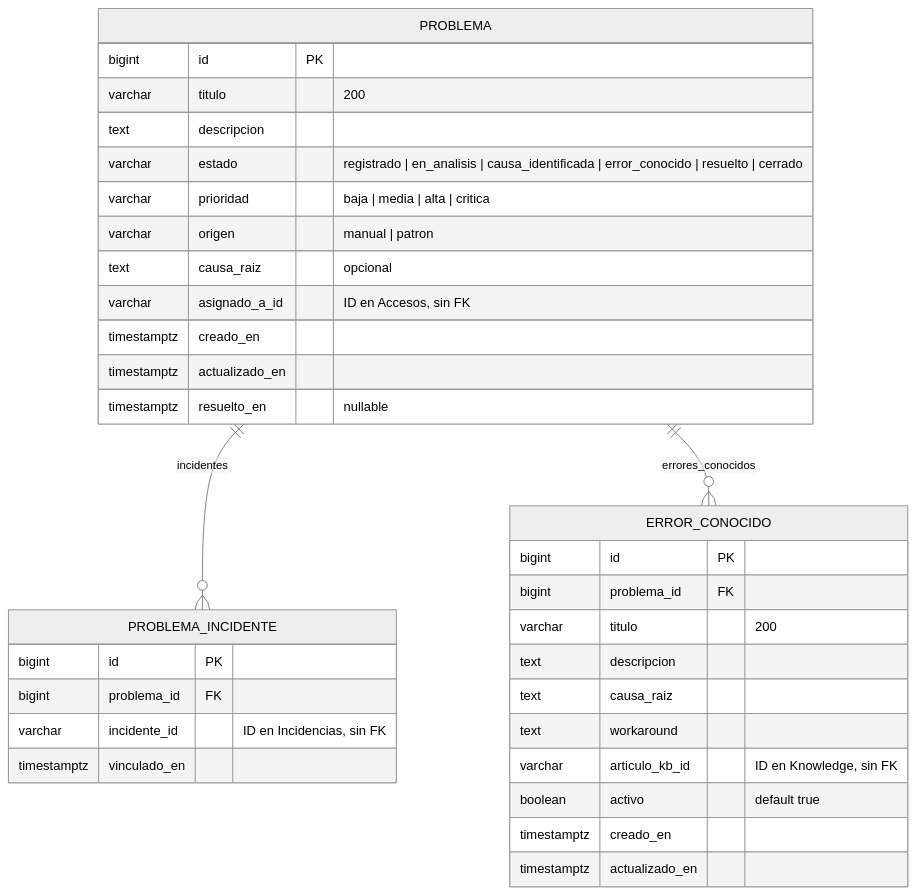
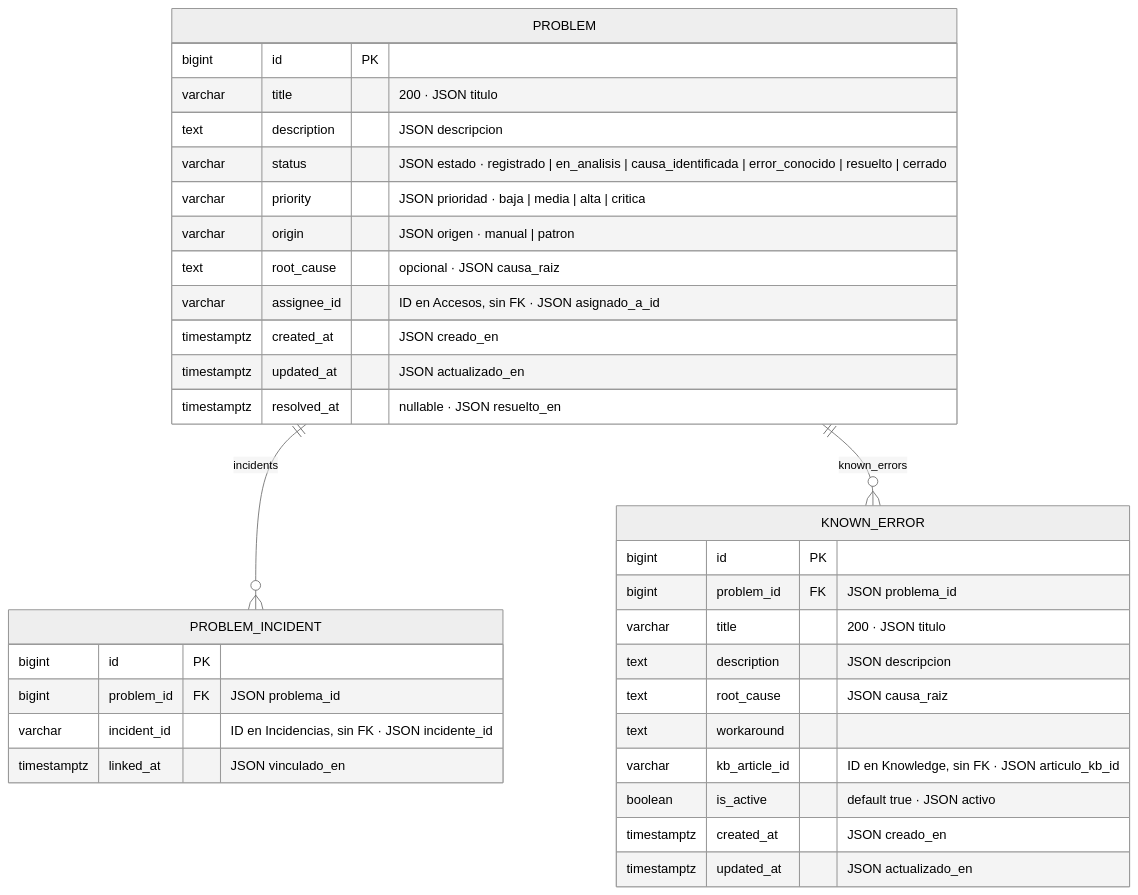
One commit to help-chair/help-chair changed the diagram in services/problems/README.md. Above: the diagram before and after it, drawn with Mermaid (neutral theme). The commit also changed other lines of this file and 17 other files, not shown here.

````diff
--- a/services/problems/README.md
+++ b/services/problems/README.md
@@ -22,39 +30,39 @@
 ```mermaid
 erDiagram
-    PROBLEMA ||--o{ PROBLEMA_INCIDENTE : "incidentes"
-    PROBLEMA ||--o{ ERROR_CONOCIDO : "errores_conocidos"
+    PROBLEM ||--o{ PROBLEM_INCIDENT : "incidents"
+    PROBLEM ||--o{ KNOWN_ERROR : "known_errors"
 
-    PROBLEMA {
+    PROBLEM {
         bigint id PK
-        varchar titulo "200"
-        text descripcion
-        varchar estado "registrado | en_analisis | causa_identificada | error_conocido | resuelto | cerrado"
-        varchar prioridad "baja | media | alta | critica"
-        varchar origen "manual | patron"
-        text causa_raiz "opcional"
-        varchar asignado_a_id "ID en Accesos, sin FK"
-        timestamptz creado_en
-        timestamptz actualizado_en
-        timestamptz resuelto_en "nullable"
+        varchar title "200 · JSON titulo"
+        text description "JSON descripcion"
+        varchar status "JSON estado · registrado | en_analisis | causa_identificada | error_conocido | resuelto | cerrado"
+        varchar priority "JSON prioridad · baja | media | alta | critica"
+        varchar origin "JSON origen · manual | patron"
+        text root_cause "opcional · JSON causa_raiz"
+        varchar assignee_id "ID en Accesos, sin FK · JSON asignado_a_id"
+        timestamptz created_at "JSON creado_en"
+        timestamptz updated_at "JSON actualizado_en"
+        timestamptz resolved_at "nullable · JSON resuelto_en"
     }
 
-    PROBLEMA_INCIDENTE {
+    PROBLEM_INCIDENT {
         bigint id PK
-        bigint problema_id FK
-        varchar incidente_id "ID en Incidencias, sin FK"
-        timestamptz vinculado_en
+        bigint problem_id FK "JSON problema_id"
+        varchar incident_id "ID en Incidencias, sin FK · JSON incidente_id"
+        timestamptz linked_at "JSON vinculado_en"
     }
 
-    ERROR_CONOCIDO {
+    KNOWN_ERROR {
         bigint id PK
-        bigint problema_id FK
-        varchar titulo "200"
-        text descripcion
-        text causa_raiz
+        bigint problem_id FK "JSON problema_id"
+        varchar title "200 · JSON titulo"
+        text description "JSON descripcion"
+        text root_cause "JSON causa_raiz"
         text workaround
-        varchar articulo_kb_id "ID en Knowledge, sin FK"
-        boolean activo "default true"
-        timestamptz creado_en
-        timestamptz actualizado_en
+        varchar kb_article_id "ID en Knowledge, sin FK · JSON articulo_kb_id"
+        boolean is_active "default true · JSON activo"
+        timestamptz created_at "JSON creado_en"
+        timestamptz updated_at "JSON actualizado_en"
     }
 ```
````
